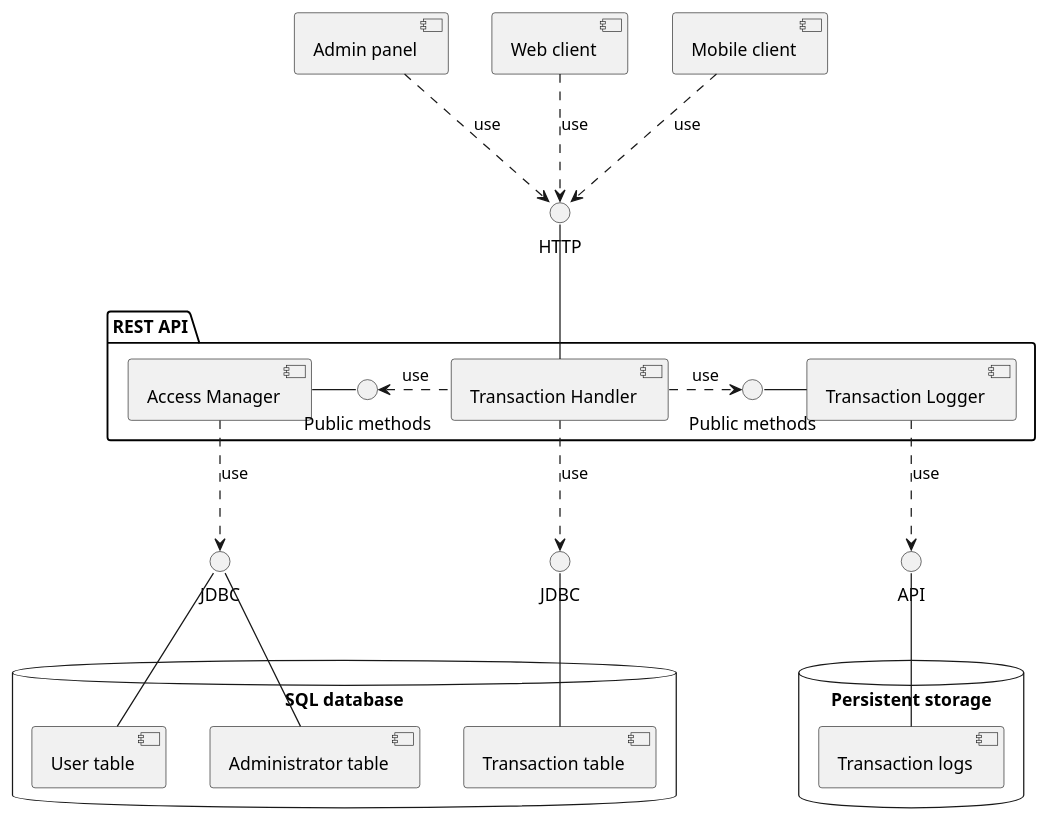
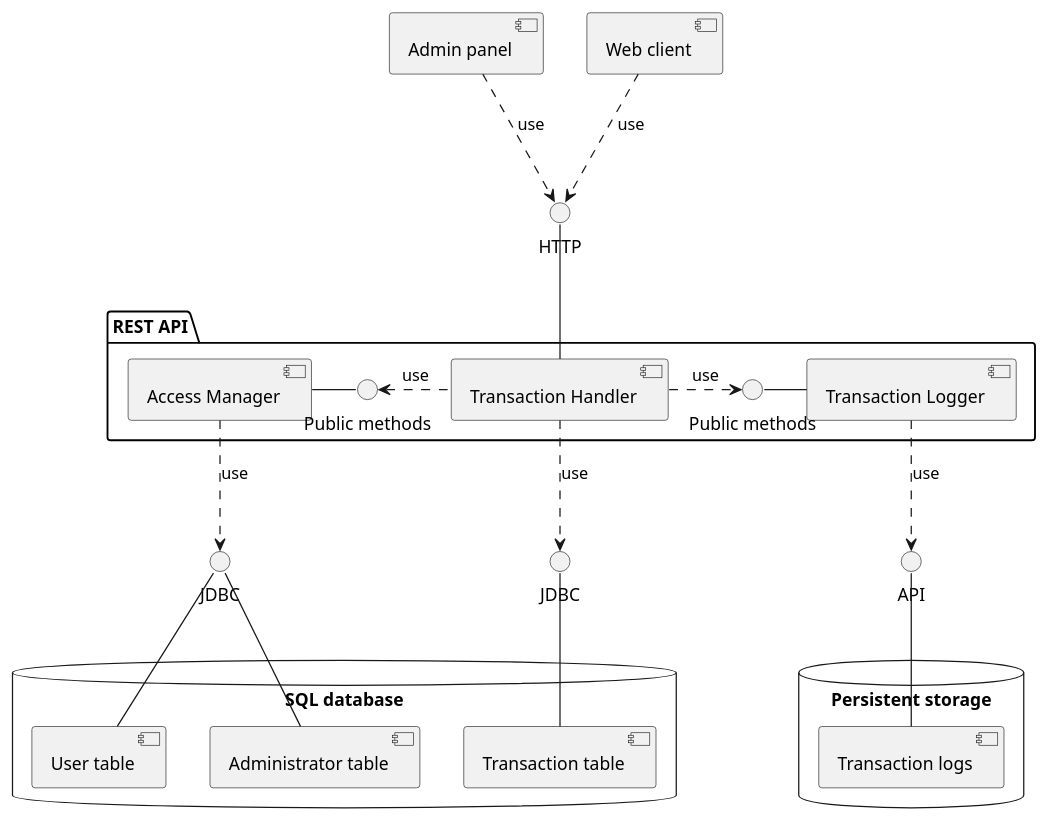
The diagram in component/component.iuml (opendemobank/diagrams), drawn with PlantUML before and after one commit.

Commit message:
Remove mobile client to follow team decisions

```diff
--- a/component/component.iuml
+++ b/component/component.iuml
@@ -1,52 +1,50 @@
 @startuml
 
 [Admin panel] as admin
 [Web client] as web
-[Mobile client] as mobile
 
 package "REST API" {
     [Access Manager] as access
     [Transaction Handler] as handler
     [Transaction Logger] as logger
     
     () "Public methods" as methods1
     () "Public methods" as methods2
 }
 
 database "SQL database" {
     [User table] as users
     [Administrator table] as administrators
     [Transaction table] as transactions
 }
 
 database "Persistent storage" {
     [Transaction logs] as logs
 }
 
 () "JDBC" as jdbc1
 () "JDBC" as jdbc2
 () "API" as api
 () "HTTP" as http
 
 handler -up- http
 admin ..> http : use
 web ..> http : use
-mobile ..> http : use
 
 access -right- methods1
 handler .left.> methods1 : use
 logger -left- methods2
 handler .right.> methods2 : use
 
 handler ..> jdbc1 : use
 jdbc1 -- transactions
 
 access ..> jdbc2 : use
 jdbc2 -- users
 jdbc2 -- administrators
 
 
 logger ..> api : use
 api -- logs
 
 @enduml
```
